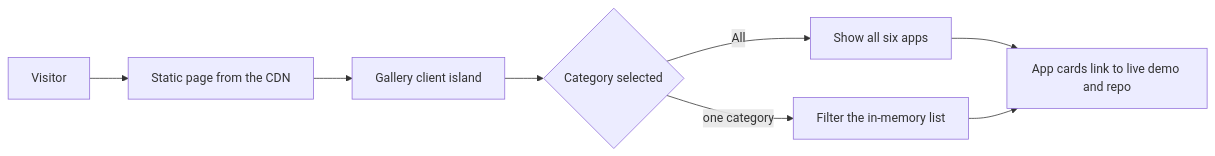
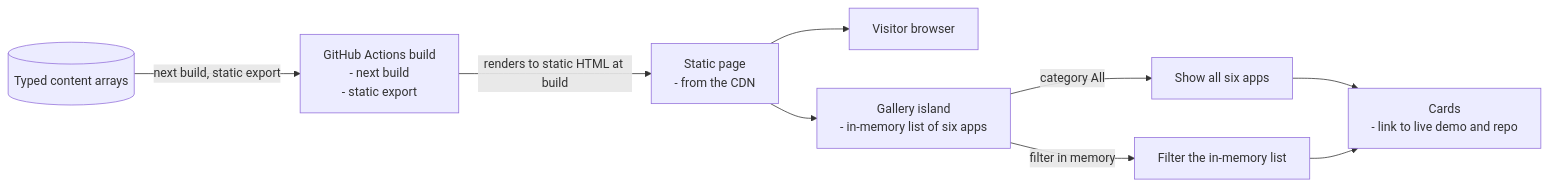
Before and after one commit to elleskay/platform-site: the second of 4 diagrams in README.md, drawn with Mermaid. The commit also changed other lines of this file, not shown here.

````diff
--- a/README.md
+++ b/README.md
@@ -76,10 +101,19 @@
 ```mermaid
 flowchart LR
-  V[Visitor] --> Page[Static page from the CDN]
-  Page --> G[Gallery client island]
-  G --> Cat{Category selected}
-  Cat -->|All| List[Show all six apps]
-  Cat -->|one category| Filt[Filter the in-memory list]
-  List --> Cards[App cards link to live demo and repo]
+  Content[("Typed content arrays")]
+  Build["GitHub Actions build<br/>- next build<br/>- static export"]
+  Page["Static page<br/>- from the CDN"]
+  Visitor["Visitor browser"]
+  Gallery["Gallery island<br/>- in-memory list of six apps"]
+  All["Show all six apps"]
+  Filt["Filter the in-memory list"]
+  Cards["Cards<br/>- link to live demo and repo"]
+  Content -->|"next build, static export"| Build
+  Build -->|"renders to static HTML at build"| Page
+  Page --> Visitor
+  Page --> Gallery
+  Gallery -->|"category All"| All
+  Gallery -->|"filter in memory"| Filt
+  All --> Cards
   Filt --> Cards
 ```
````
